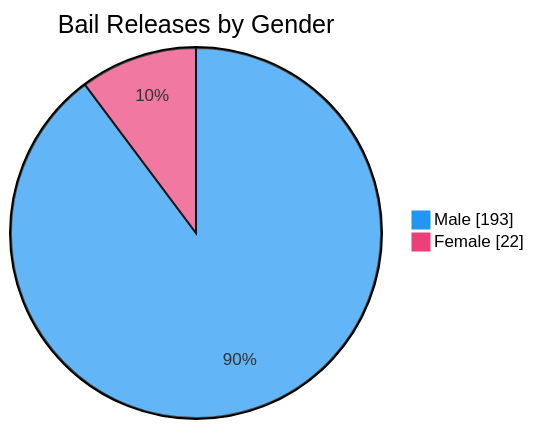
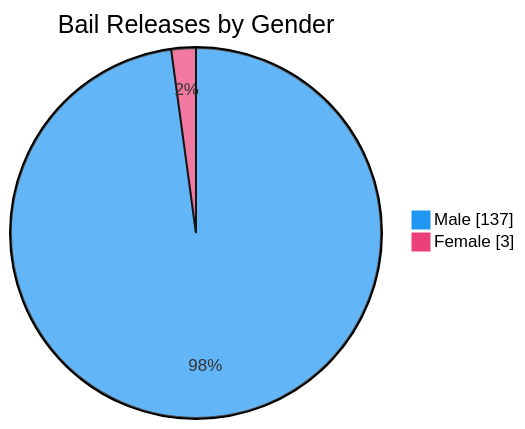
One commit to nuuuwan/lk_prisons changed the seventh of 7 diagrams in README.md. Above: the diagram before and after it, drawn with Mermaid. The commit also changed other lines of this file and 1 other file, not shown here.

````diff
--- a/README.md
+++ b/README.md
@@ -109,6 +109,6 @@
 ```mermaid
 %%{init: {'themeVariables': {'pie1': '#2196F3', 'pie2': '#EC407A'}}}%%
 pie showData title Bail Releases by Gender
-    "Male" : 193
-    "Female" : 22
+    "Male" : 137
+    "Female" : 3
 ```
````
